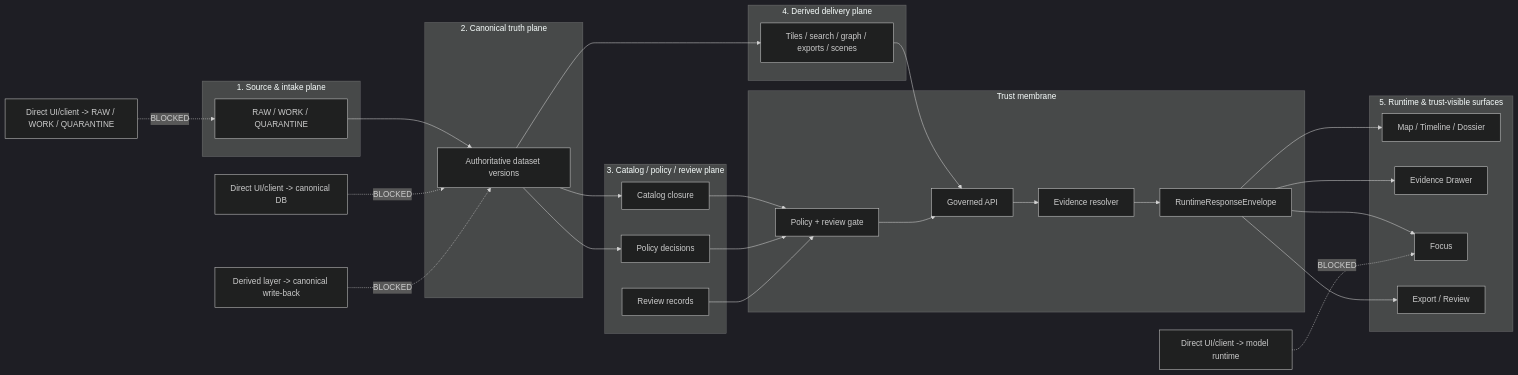
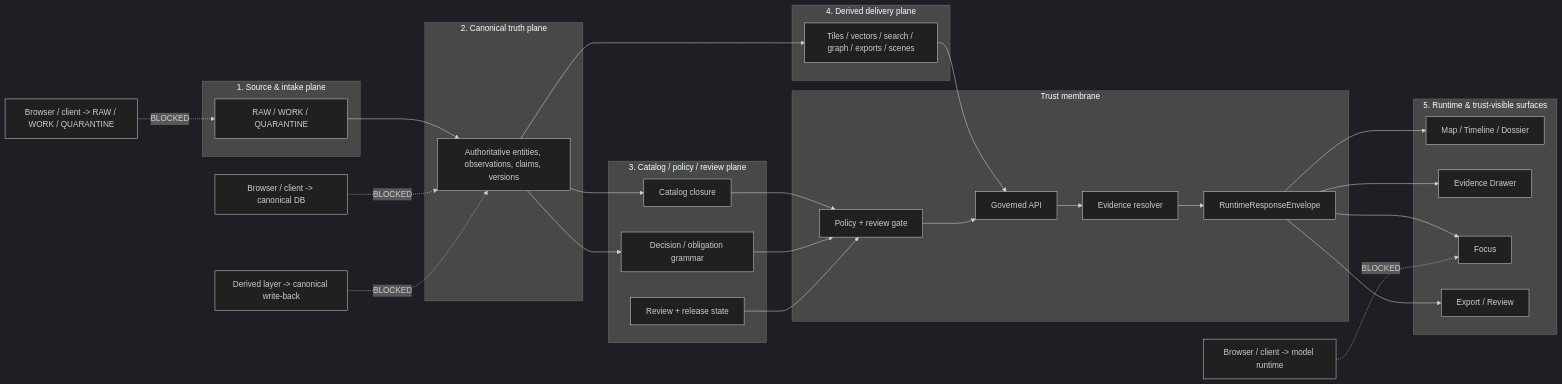
One commit to bartytime4life/Kansas-Frontier-Matrix changed the diagram in docs/architecture/TRUST_MEMBRANE.md. Above: the diagram before and after it, drawn with Mermaid (dark theme). The commit also changed other lines of this file, not shown here.

````diff
--- a/docs/architecture/TRUST_MEMBRANE.md
+++ b/docs/architecture/TRUST_MEMBRANE.md
@@ -77,53 +84,53 @@
 ```mermaid
 flowchart LR
     subgraph P1["1. Source & intake plane"]
         RAW["RAW / WORK / QUARANTINE"]
     end
 
     subgraph P2["2. Canonical truth plane"]
-        CANON["Authoritative dataset versions"]
+        CANON["Authoritative entities, observations, claims, versions"]
     end
 
     subgraph P3["3. Catalog / policy / review plane"]
         CAT["Catalog closure"]
-        POL["Policy decisions"]
-        REV["Review records"]
+        POL["Decision / obligation grammar"]
+        REV["Review + release state"]
     end
 
     subgraph P4["4. Derived delivery plane"]
-        DER["Tiles / search / graph / exports / scenes"]
+        DER["Tiles / vectors / search / graph / exports / scenes"]
     end
 
     subgraph MEM["Trust membrane"]
         API["Governed API"]
-        ER["Evidence resolver"]
+        RES["Evidence resolver"]
         PDP["Policy + review gate"]
         ENV["RuntimeResponseEnvelope"]
     end
 
     subgraph P5["5. Runtime & trust-visible surfaces"]
         MAP["Map / Timeline / Dossier"]
         ED["Evidence Drawer"]
         FOCUS["Focus"]
         EXP["Export / Review"]
     end
 
     RAW --> CANON --> CAT
     CANON --> POL
     CAT --> PDP
     POL --> PDP
     REV --> PDP
     CANON --> DER
     DER --> API
     PDP --> API
-    API --> ER --> ENV
+    API --> RES --> ENV
     ENV --> MAP
     ENV --> ED
     ENV --> FOCUS
     ENV --> EXP
 
-    UIB["Direct UI/client -> canonical DB"] -. BLOCKED .-> CANON
-    RAWB["Direct UI/client -> RAW / WORK / QUARANTINE"] -. BLOCKED .-> RAW
-    MB["Direct UI/client -> model runtime"] -. BLOCKED .-> FOCUS
-    WB["Derived layer -> canonical write-back"] -. BLOCKED .-> CANON
+    B1["Browser / client -> canonical DB"] -. BLOCKED .-> CANON
+    B2["Browser / client -> RAW / WORK / QUARANTINE"] -. BLOCKED .-> RAW
+    B3["Browser / client -> model runtime"] -. BLOCKED .-> FOCUS
+    B4["Derived layer -> canonical write-back"] -. BLOCKED .-> CANON
 ```
````
